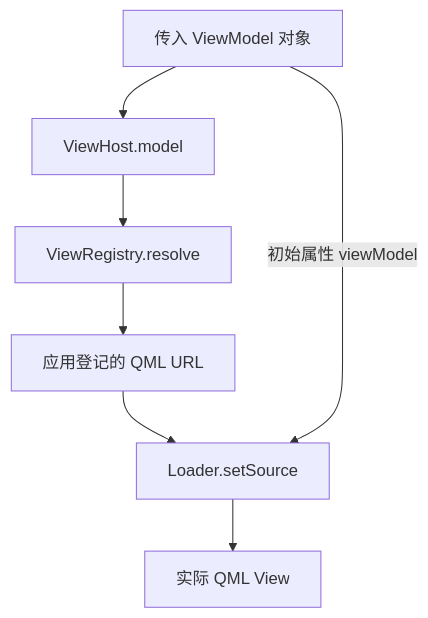
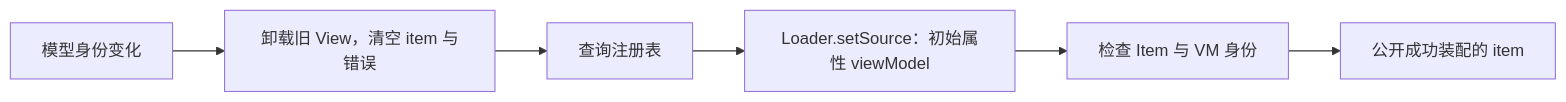
One commit to soapgu/caliburn-micro-qt changed the diagram in docs/ViewHost.md. Above: the diagram before and after it, drawn with Mermaid. The commit also changed other lines of this file and 44 other files, not shown here.

First line of the commit message:
feat(core): 🎸 实现生命周期与视图装配及 IoC 示例

````diff
--- a/docs/ViewHost.md
+++ b/docs/ViewHost.md
@@ -34,9 +52,8 @@
 ```mermaid
-flowchart TD
-    VM[传入 ViewModel 对象] --> Host[ViewHost.model]
-    Host --> Registry[ViewRegistry.resolve]
-    Registry --> URL[应用登记的 QML URL]
-    URL --> Loader[Loader.setSource]
-    VM -->|初始属性 viewModel| Loader
-    Loader --> View[实际 QML View]
+flowchart LR
+    Model[模型身份变化] --> Clear[卸载旧 View，清空 item 与错误]
+    Clear --> Resolve[查询注册表]
+    Resolve --> Load[Loader.setSource：初始属性 viewModel]
+    Load --> Check[检查 Item 与 VM 身份]
+    Check --> Item[公开成功装配的 item]
 ```
````
